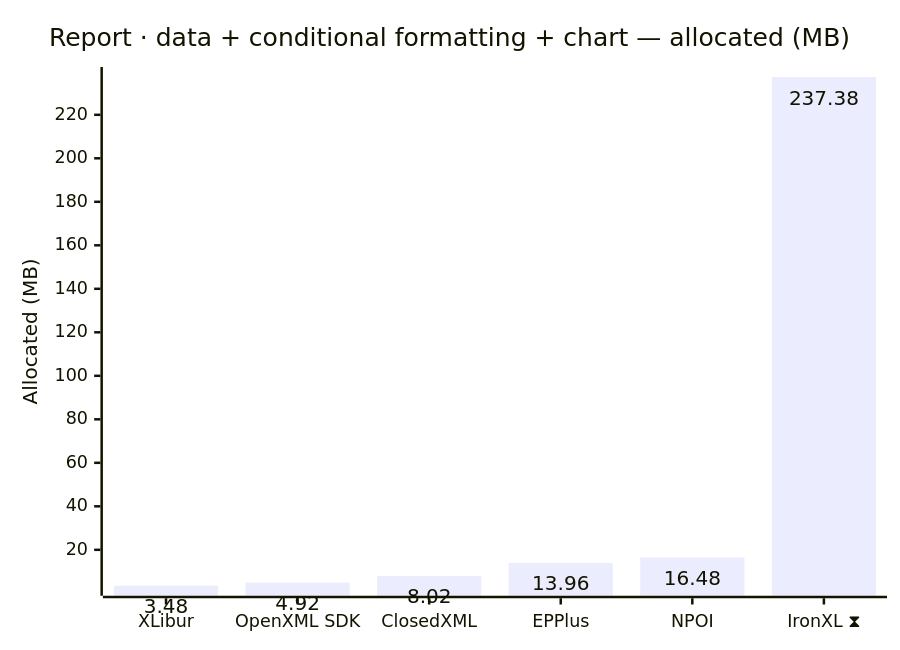
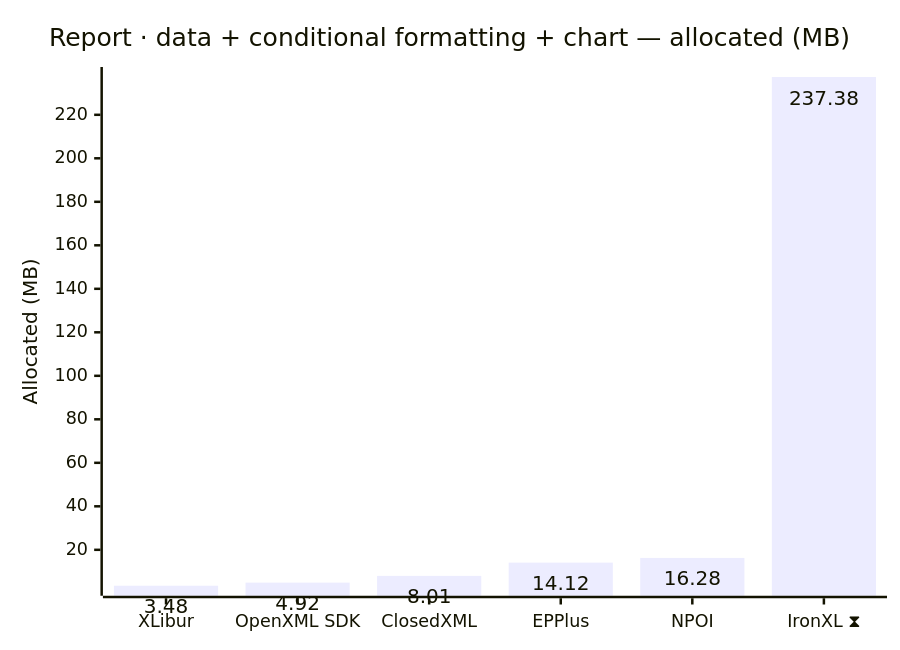
Before and after one commit to jafin/XLBench: the eighth of 12 diagrams in docs/results-ci.md, drawn with Mermaid. The commit also changed other lines of this file, not shown here.

````diff
--- a/docs/results-ci.md
+++ b/docs/results-ci.md
@@ -132,12 +132,12 @@
 ```mermaid
 ---
 config:
   xyChart:
     showDataLabel: true
 ---
 xychart-beta
     title "Report · data + conditional formatting + chart — allocated (MB)"
     x-axis ["XLibur", "OpenXML SDK", "ClosedXML", "EPPlus", "NPOI", "IronXL ⧗"]
     y-axis "Allocated (MB)"
-    bar [3.48, 4.92, 8.02, 13.96, 16.48, 237.38]
+    bar [3.48, 4.92, 8.01, 14.12, 16.28, 237.38]
 ```
````
